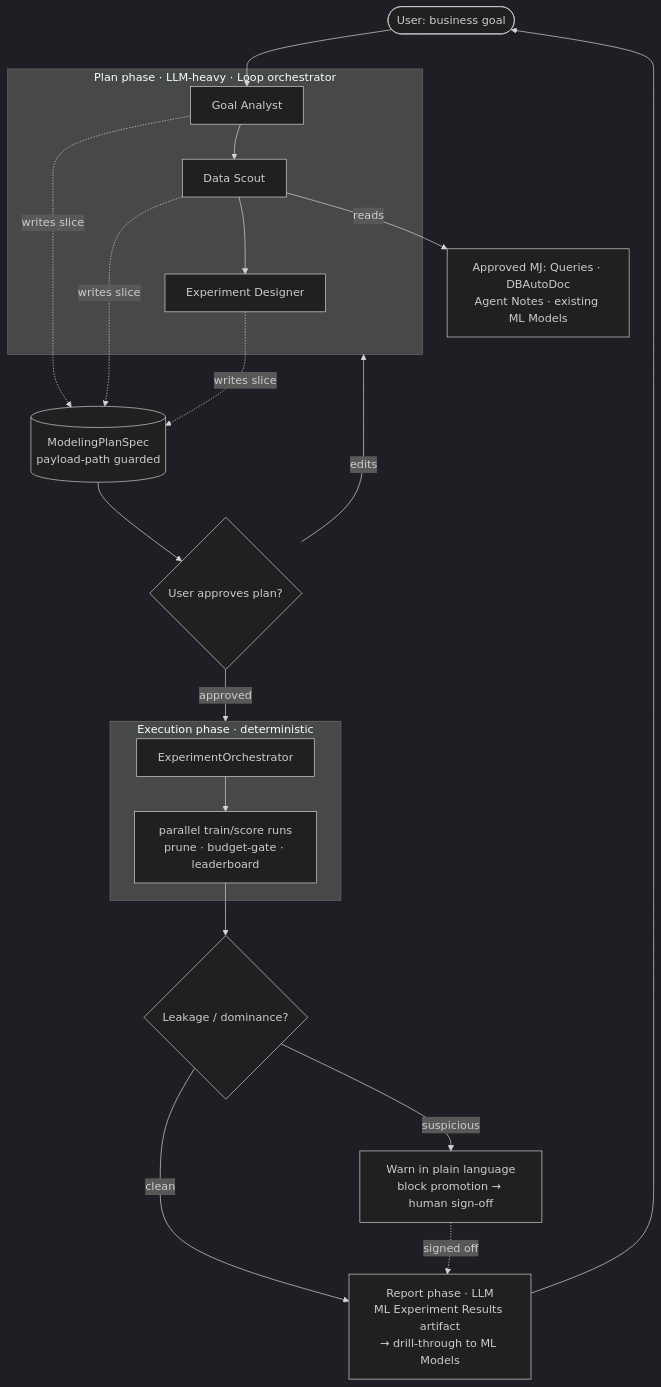
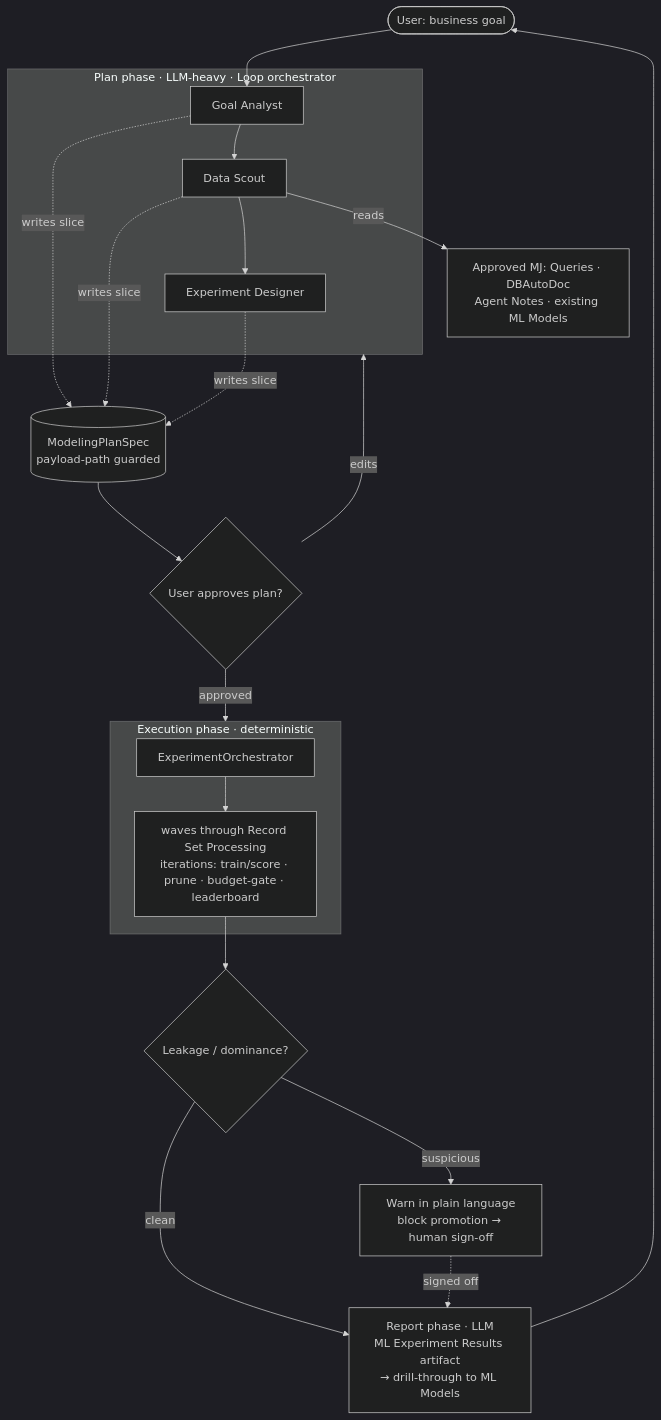
Before and after one commit to MemberJunction/MJ: the fourth of 5 diagrams in plans/predictive-studio.md, drawn with Mermaid (dark theme). The commit also changed other lines of this file and 1 other file, not shown here.

````diff
--- a/plans/predictive-studio.md
+++ b/plans/predictive-studio.md
@@ -387,22 +425,22 @@
 ```mermaid
 flowchart TB
     U([User: business goal]) --> GA
     subgraph PLAN["Plan phase · LLM-heavy · Loop orchestrator"]
         GA[Goal Analyst] --> DS[Data Scout] --> ED[Experiment Designer]
     end
     GA -.writes slice.-> SPEC[("ModelingPlanSpec<br/>payload-path guarded")]
     DS -.writes slice.-> SPEC
     ED -.writes slice.-> SPEC
     DS -->|reads| GT["Approved MJ: Queries · DBAutoDoc<br/>Agent Notes · existing ML Models"]
     SPEC --> GATE{"User approves plan?"}
     GATE -->|edits| PLAN
     GATE -->|approved| EXEC
     subgraph EXEC["Execution phase · deterministic"]
-        ORCH[ExperimentOrchestrator] --> RUNS["parallel train/score runs<br/>prune · budget-gate · leaderboard"]
+        ORCH[ExperimentOrchestrator] --> RUNS["waves through Record Set Processing<br/>iterations: train/score · prune · budget-gate · leaderboard"]
     end
     RUNS --> LEAK{"Leakage / dominance?"}
     LEAK -->|suspicious| SIGN["Warn in plain language<br/>block promotion → human sign-off"]
     LEAK -->|clean| REPORT
     SIGN -.->|signed off| REPORT
     REPORT["Report phase · LLM<br/>ML Experiment Results artifact<br/>→ drill-through to ML Models"] --> U
 ```
````
